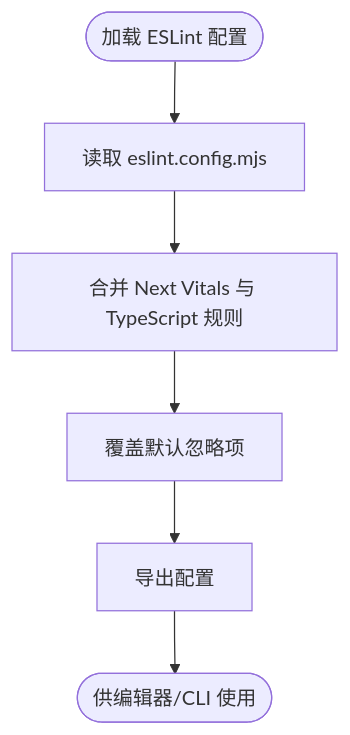
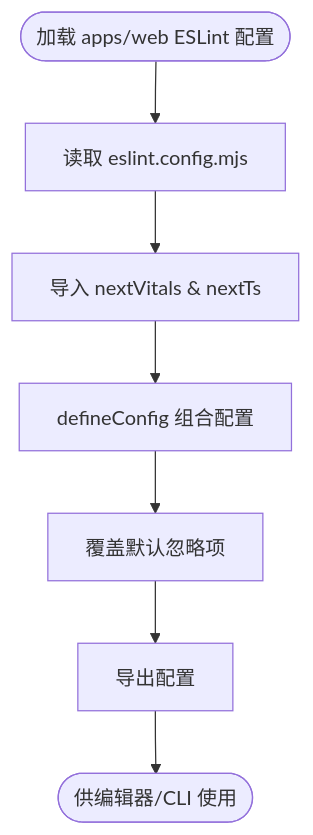
The third of 5 diagrams in .qoder/repowiki/zh/content/开发工具配置.md (HAOFUYANG/nextjs-admin), drawn with Mermaid before and after one commit. The commit also changed other lines of this file and 6 other files, not shown here.

````diff
--- a/.qoder/repowiki/zh/content/开发工具配置.md
+++ b/.qoder/repowiki/zh/content/开发工具配置.md
@@ -165,8 +202,9 @@
 ```mermaid
 flowchart TD
-Start(["加载 ESLint 配置"]) --> LoadMJS["读取 eslint.config.mjs"]
-LoadMJS --> MergeNext["合并 Next Vitals 与 TypeScript 规则"]
-MergeNext --> OverrideIgnores["覆盖默认忽略项"]
+Start(["加载 apps/web ESLint 配置"]) --> LoadMJS["读取 eslint.config.mjs"]
+LoadMJS --> ImportNext["导入 nextVitals & nextTs"]
+ImportNext --> DefineConfig["defineConfig 组合配置"]
+DefineConfig --> OverrideIgnores["覆盖默认忽略项"]
 OverrideIgnores --> Export["导出配置"]
 Export --> End(["供编辑器/CLI 使用"])
 ```
````
